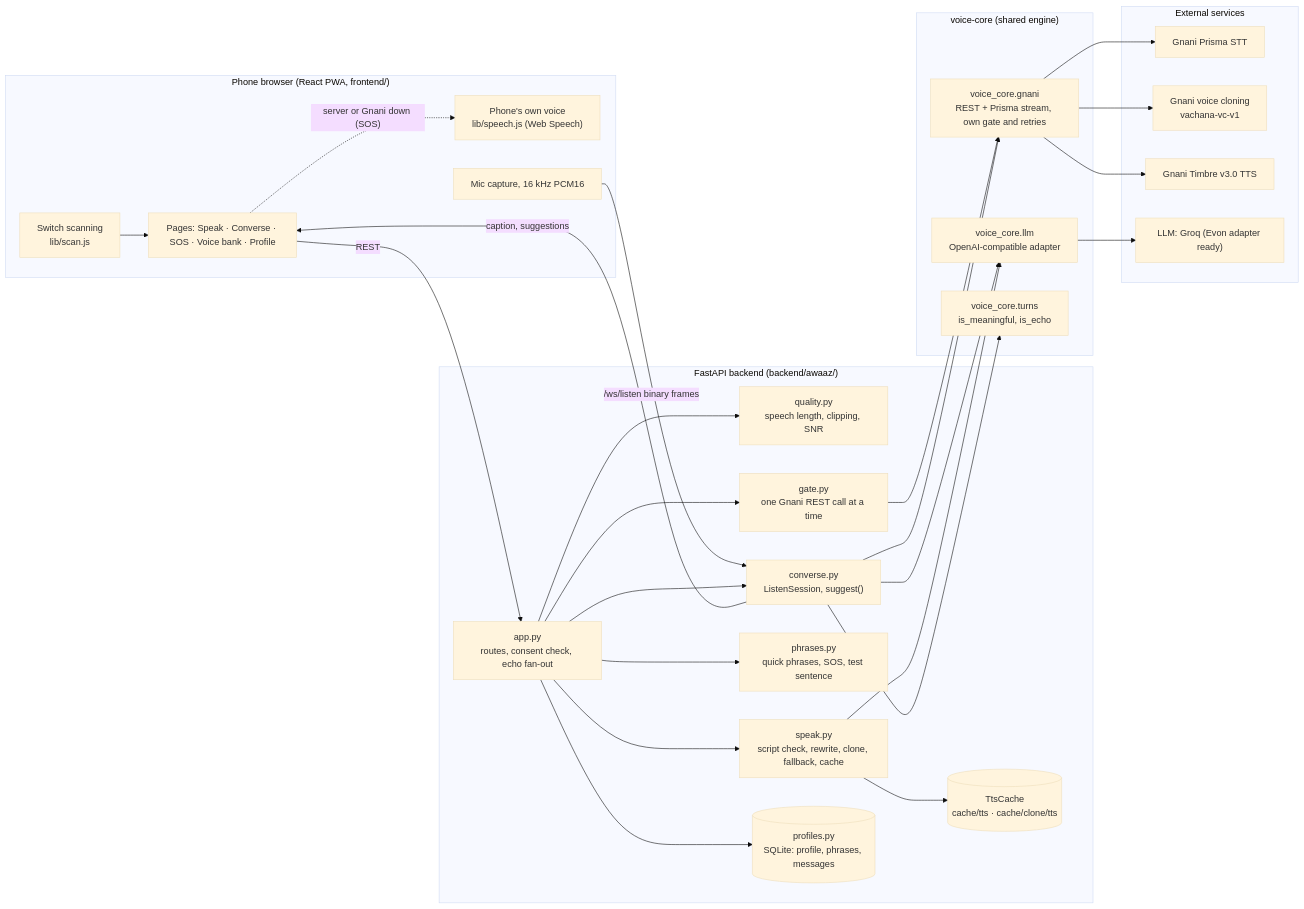
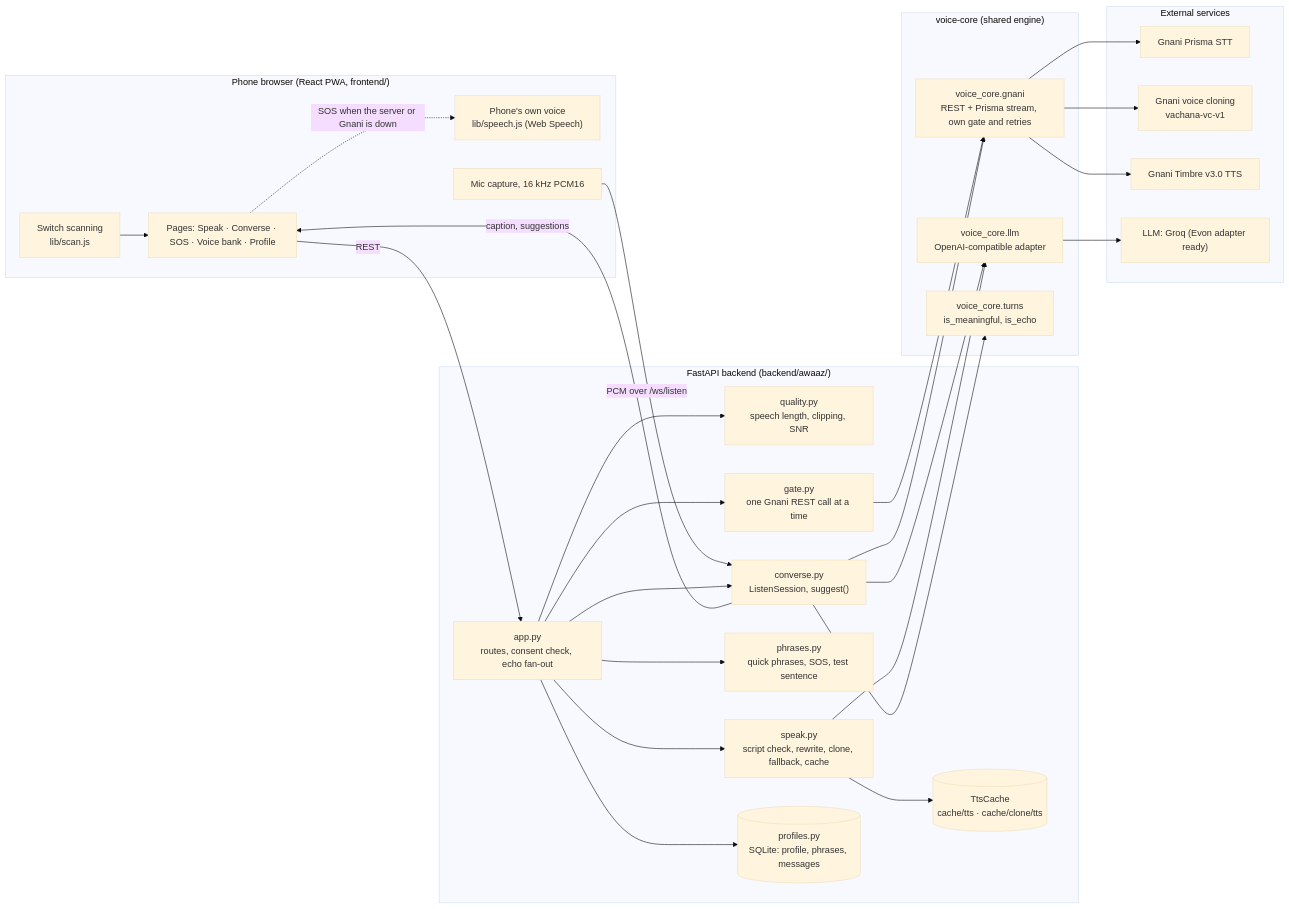
Before and after one commit to nitya-prakash-pandey-2005/apni-awaaz: the first of 2 diagrams in docs/ARCHITECTURE.md, drawn with Mermaid (base theme).

Commit message:
docs(architecture): plain Mermaid link labels that every renderer accepts

````diff
--- a/docs/ARCHITECTURE.md
+++ b/docs/ARCHITECTURE.md
@@ -10,46 +10,46 @@
 ```mermaid
 flowchart LR
   subgraph Browser["Phone browser (React PWA, frontend/)"]
     UI["Pages: Speak · Converse · SOS · Voice bank · Profile"]
     SCAN["Switch scanning<br/>lib/scan.js"]
     LOCAL["Phone's own voice<br/>lib/speech.js (Web Speech)"]
     MIC["Mic capture, 16 kHz PCM16"]
   end
 
   subgraph Backend["FastAPI backend (backend/awaaz/)"]
     APP["app.py<br/>routes, consent check, echo fan-out"]
     Q["quality.py<br/>speech length, clipping, SNR"]
     SPK["speak.py<br/>script check, rewrite, clone, fallback, cache"]
     CONV["converse.py<br/>ListenSession, suggest()"]
     PH["phrases.py<br/>quick phrases, SOS, test sentence"]
     GATE["gate.py<br/>one Gnani REST call at a time"]
     STORE[("profiles.py<br/>SQLite: profile, phrases, messages")]
     CACHE[("TtsCache<br/>cache/tts · cache/clone/tts")]
   end
 
   subgraph VC["voice-core (shared engine)"]
     GN["voice_core.gnani<br/>REST + Prisma stream, own gate and retries"]
     LLMA["voice_core.llm<br/>OpenAI-compatible adapter"]
     TURNS["voice_core.turns<br/>is_meaningful, is_echo"]
   end
 
   subgraph Ext["External services"]
     PRISMA["Gnani Prisma STT"]
     CLONE["Gnani voice cloning<br/>vachana-vc-v1"]
     TIMBRE["Gnani Timbre v3.0 TTS"]
     GROQ["LLM: Groq (Evon adapter ready)"]
   end
 
   UI -->|REST| APP
-  MIC -->|"/ws/listen binary frames"| CONV
+  MIC -->|PCM over /ws/listen| CONV
   CONV -->|caption, suggestions| UI
   SCAN --> UI
-  UI -. "server or Gnani down (SOS)" .-> LOCAL
+  UI -.->|SOS when the server or Gnani is down| LOCAL
   APP --> Q & SPK & CONV & PH & STORE
   SPK --> CACHE
   APP --> GATE --> GN
   CONV --> GN & LLMA & TURNS
   SPK --> LLMA
   GN --> PRISMA & CLONE & TIMBRE
   LLMA --> GROQ
 ```
````
